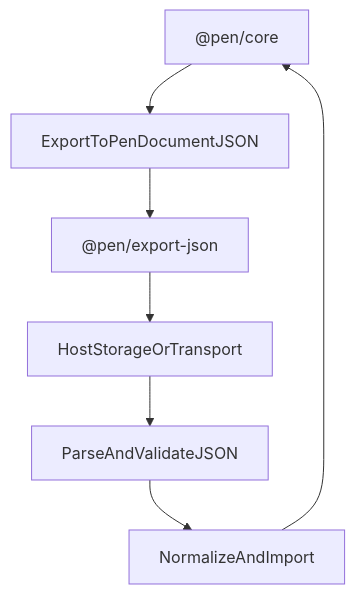
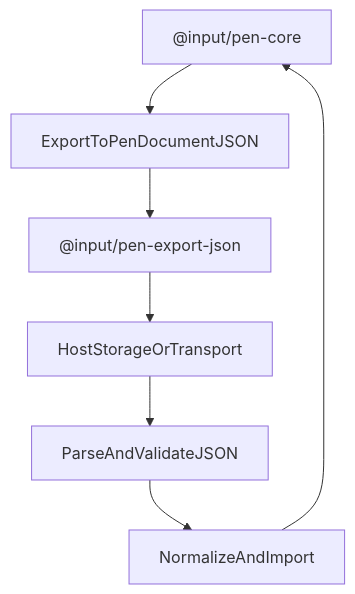
Before and after one commit to JayaKrishnaNamburu/pen: the diagram in spec/packages/extensions/export-json.md, drawn with Mermaid. The commit also changed other lines of this file and 989 other files, not shown here.

First line of the commit message:
Update package names and configurations to reflect rebranding from '@pen' to '@input'

````diff
--- a/spec/packages/extensions/export-json.md
+++ b/spec/packages/extensions/export-json.md
@@ -30,16 +30,16 @@
 ```mermaid
 flowchart TD
-  Core["@pen/core"]
-  Json["@pen/export-json"]
+  Core["@input/pen-core"]
+  Json["@input/pen-export-json"]
   Export[ExportToPenDocumentJSON]
   Parse[ParseAndValidateJSON]
   Import[NormalizeAndImport]
   Host[HostStorageOrTransport]
 
   Core --> Export
   Export --> Json
   Json --> Host
   Host --> Parse
   Parse --> Import
   Import --> Core
 ```
````
